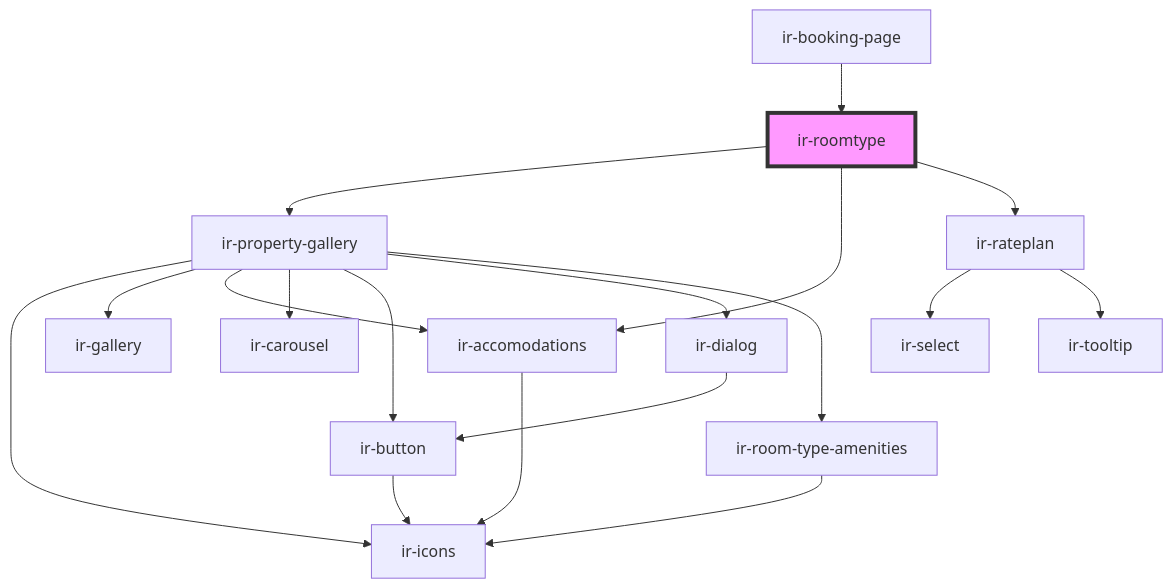
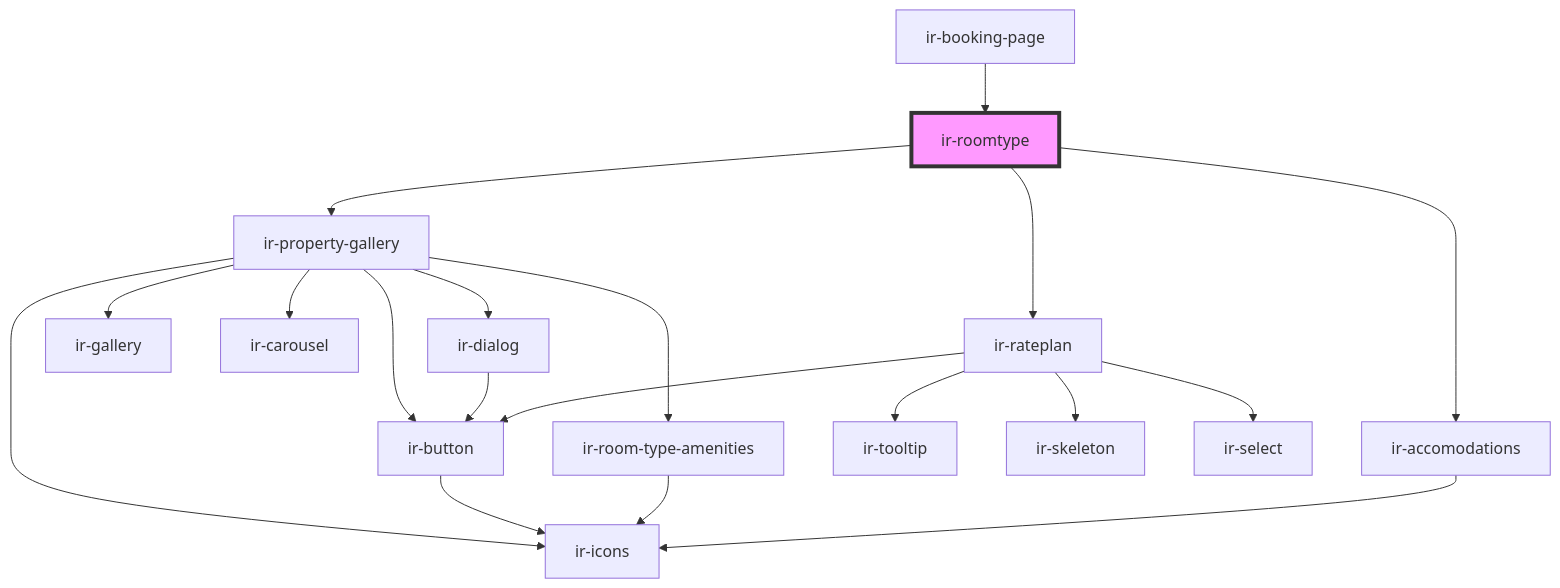
Before and after one commit to RonyRizk/ir-be: the diagram in src/components/ir-booking-engine/ir-booking-page/ir-roomtype/readme.md, drawn with Mermaid. The commit also changed 144 other files, not shown here.

````diff
--- a/src/components/ir-booking-engine/ir-booking-page/ir-roomtype/readme.md
+++ b/src/components/ir-booking-engine/ir-booking-page/ir-roomtype/readme.md
@@ -28,21 +28,22 @@
 ```mermaid
 graph TD;
   ir-roomtype --> ir-property-gallery
   ir-roomtype --> ir-accomodations
   ir-roomtype --> ir-rateplan
   ir-property-gallery --> ir-icons
   ir-property-gallery --> ir-gallery
-  ir-property-gallery --> ir-accomodations
   ir-property-gallery --> ir-carousel
+  ir-property-gallery --> ir-dialog
   ir-property-gallery --> ir-button
-  ir-property-gallery --> ir-dialog
   ir-property-gallery --> ir-room-type-amenities
+  ir-dialog --> ir-button
+  ir-button --> ir-icons
+  ir-room-type-amenities --> ir-icons
   ir-accomodations --> ir-icons
-  ir-button --> ir-icons
-  ir-dialog --> ir-button
-  ir-room-type-amenities --> ir-icons
+  ir-rateplan --> ir-tooltip
+  ir-rateplan --> ir-skeleton
   ir-rateplan --> ir-select
-  ir-rateplan --> ir-tooltip
+  ir-rateplan --> ir-button
   ir-booking-page --> ir-roomtype
   style ir-roomtype fill:#f9f,stroke:#333,stroke-width:4px
 ```
````
